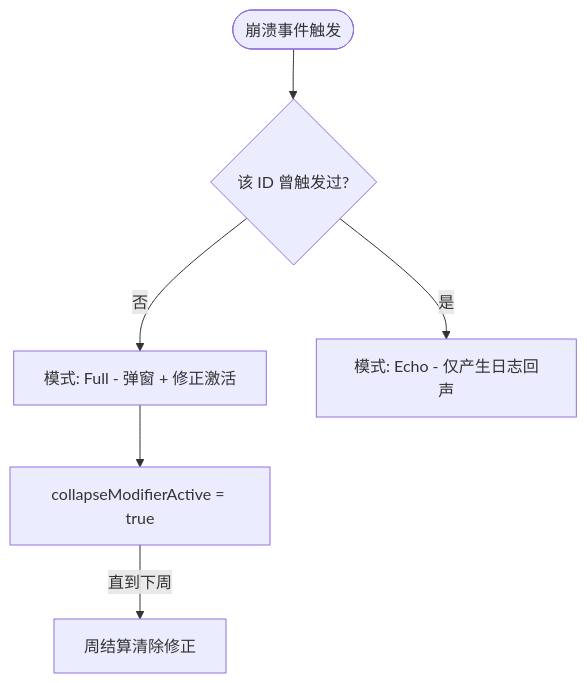
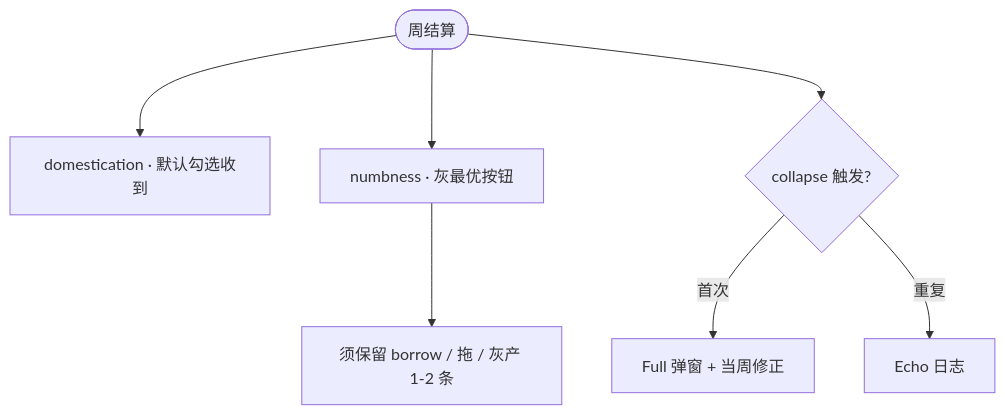
The tenth of 12 diagrams in docs/交互流程图.md (moyunzero/XiuXian-Overdue), drawn with Mermaid before and after one commit. The commit also changed other lines of this file and 175 other files, not shown here.

````diff
--- a/docs/交互流程图.md
+++ b/docs/交互流程图.md
@@ -85,8 +320,9 @@
 ```mermaid
 flowchart TD
-  C_Trigger([崩溃事件触发]) --> C_History{该 ID 曾触发过?}
-  C_History -->|否| C_Full[模式: Full - 弹窗 + 修正激活]
-  C_History -->|是| C_Echo[模式: Echo - 仅产生日志回声]
-  C_Full --> C_Flag[collapseModifierActive = true]
-  C_Flag -->|直到下周| C_Clear[周结算清除修正]
+  P_Tick([周结算]) --> P_Dom[domestication · 默认勾选收到]
+  P_Tick --> P_Numb[numbness · 灰最优按钮]
+  P_Numb --> P_Keep[须保留 borrow / 拖 / 灰产 1-2 条]
+  P_Tick --> P_Col{collapse 触发?}
+  P_Col -->|首次| P_Full[Full 弹窗 + 当周修正]
+  P_Col -->|重复| P_Echo[Echo 日志]
 ```
````
